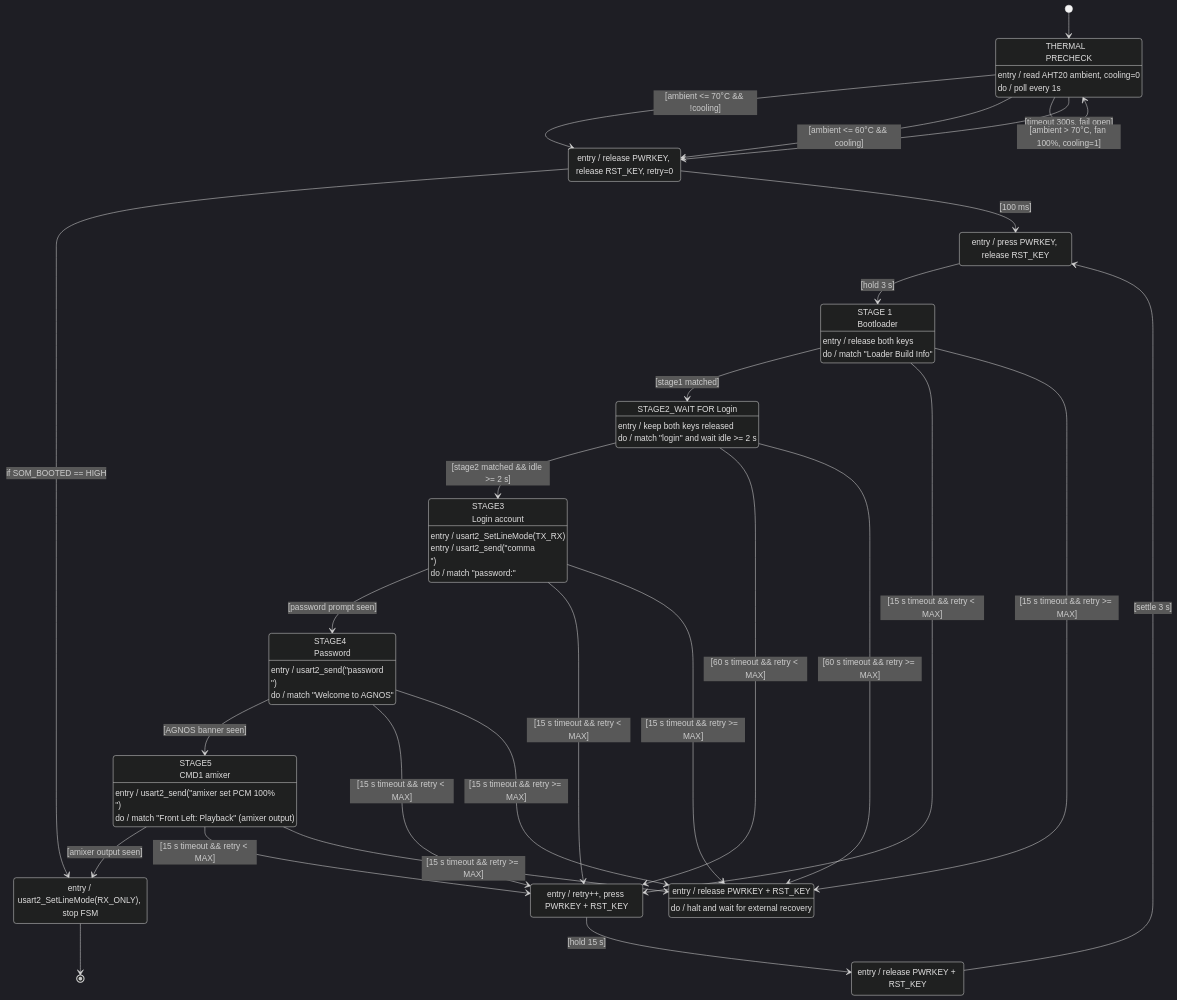
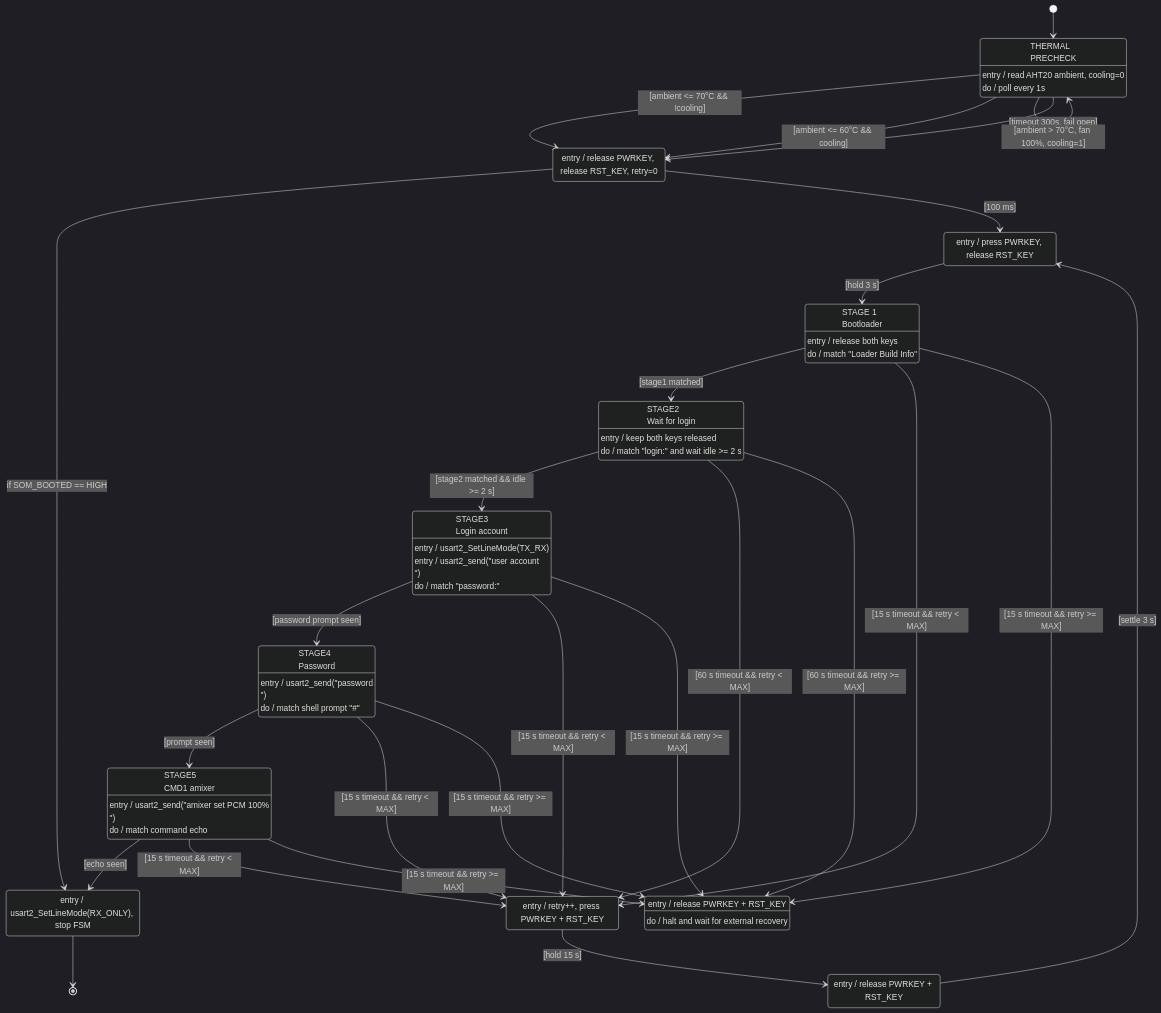
Before and after one commit to Vkd4U2NtVkZOVg/py32_control: diagram 11 of 16 in WORKLOG.md, drawn with Mermaid (dark theme). The commit also changed other lines of this file, not shown here.

First line of the commit message:
docs(worklog): record STAGE3/4/5 landing and TX DMA selection

````diff
--- a/WORKLOG.md
+++ b/WORKLOG.md
@@ -826,69 +826,68 @@
 ```mermaid
 stateDiagram-v2
     direction TB
 
     [*] --> THERMAL_PRECHECK
-
     state "THERMAL\nPRECHECK" as THERMAL_PRECHECK
     THERMAL_PRECHECK : entry / read AHT20 ambient, cooling=0
     THERMAL_PRECHECK : do / poll every 1s
     THERMAL_PRECHECK --> POWER_ON_WAIT : [ambient <= 70°C && !cooling]
     THERMAL_PRECHECK --> POWER_ON_WAIT : [ambient <= 60°C && cooling]
     THERMAL_PRECHECK --> POWER_ON_WAIT : [timeout 300s, fail open]
     THERMAL_PRECHECK --> THERMAL_PRECHECK : [ambient > 70°C, fan 100%, cooling=1]
 
     POWER_ON_WAIT : entry / release PWRKEY, release RST_KEY, retry=0
     POWER_ON_WAIT --> BOOT_SUCCESS: if SOM_BOOTED == HIGH
     POWER_ON_WAIT --> PWR_PRESS : [100 ms]
 
     PWR_PRESS : entry / press PWRKEY, release RST_KEY
     PWR_PRESS --> BOOT_CHECK : [hold 3 s]
 
     state "STAGE 1\nBootloader" as BOOT_CHECK
     BOOT_CHECK : entry / release both keys
     BOOT_CHECK : do / match "Loader Build Info"
     BOOT_CHECK --> STAGE2_WAIT : [stage1 matched]
     BOOT_CHECK --> BOOT_RESET : [15 s timeout && retry < MAX]
     BOOT_CHECK --> STRAP_FAIL : [15 s timeout && retry >= MAX]
 
-    state "STAGE2_WAIT FOR Login" as STAGE2_WAIT
+    state "STAGE2\nWait for login" as STAGE2_WAIT
     STAGE2_WAIT : entry / keep both keys released
-    STAGE2_WAIT : do / match "login" and wait idle >= 2 s
+    STAGE2_WAIT : do / match "login:" and wait idle >= 2 s
     STAGE2_WAIT --> STAGE3_WAIT : [stage2 matched && idle >= 2 s]
     STAGE2_WAIT --> BOOT_RESET : [60 s timeout && retry < MAX]
     STAGE2_WAIT --> STRAP_FAIL : [60 s timeout && retry >= MAX]
 
     state "STAGE3\nLogin account" as STAGE3_WAIT
     STAGE3_WAIT : entry / usart2_SetLineMode(TX_RX)
-    STAGE3_WAIT : entry / usart2_send("comma\n")
+    STAGE3_WAIT : entry / usart2_send("user account\n")
     STAGE3_WAIT : do / match "password:"
     STAGE3_WAIT --> STAGE4_WAIT : [password prompt seen]
     STAGE3_WAIT --> BOOT_RESET : [15 s timeout && retry < MAX]
     STAGE3_WAIT --> STRAP_FAIL : [15 s timeout && retry >= MAX]
 
     state "STAGE4\nPassword" as STAGE4_WAIT
     STAGE4_WAIT : entry / usart2_send("password\n")
-    STAGE4_WAIT : do / match "Welcome to AGNOS"
-    STAGE4_WAIT --> STAGE5_WAIT : [AGNOS banner seen]
+    STAGE4_WAIT : do / match shell prompt "#"
+    STAGE4_WAIT --> STAGE5_WAIT : [prompt seen]
     STAGE4_WAIT --> BOOT_RESET : [15 s timeout && retry < MAX]
     STAGE4_WAIT --> STRAP_FAIL : [15 s timeout && retry >= MAX]
 
     state "STAGE5\nCMD1 amixer" as STAGE5_WAIT
     STAGE5_WAIT : entry / usart2_send("amixer set PCM 100%\n")
-    STAGE5_WAIT : do / match "Front Left: Playback" (amixer output)
-    STAGE5_WAIT --> BOOT_SUCCESS : [amixer output seen]
+    STAGE5_WAIT : do / match command echo
+    STAGE5_WAIT --> BOOT_SUCCESS : [echo seen]
     STAGE5_WAIT --> BOOT_RESET : [15 s timeout && retry < MAX]
     STAGE5_WAIT --> STRAP_FAIL : [15 s timeout && retry >= MAX]
 
     BOOT_SUCCESS : entry / usart2_SetLineMode(RX_ONLY), stop FSM
     BOOT_SUCCESS --> [*]
 
     BOOT_RESET : entry / retry++, press PWRKEY + RST_KEY
     BOOT_RESET --> PMIC_SETTLE : [hold 15 s]
 
     PMIC_SETTLE : entry / release PWRKEY + RST_KEY
     PMIC_SETTLE --> PWR_PRESS : [settle 3 s]
 
     STRAP_FAIL : entry / release PWRKEY + RST_KEY
     STRAP_FAIL : do / halt and wait for external recovery
 ```
````
